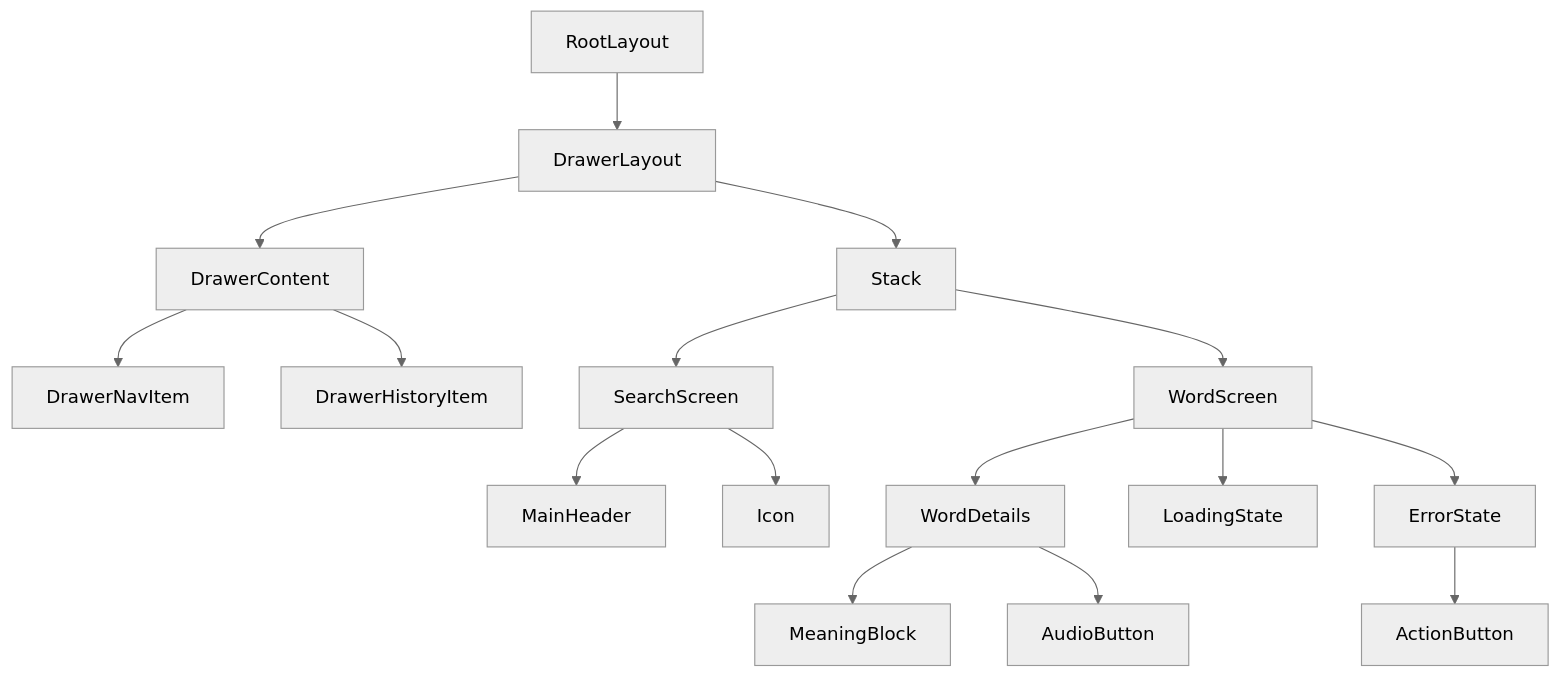
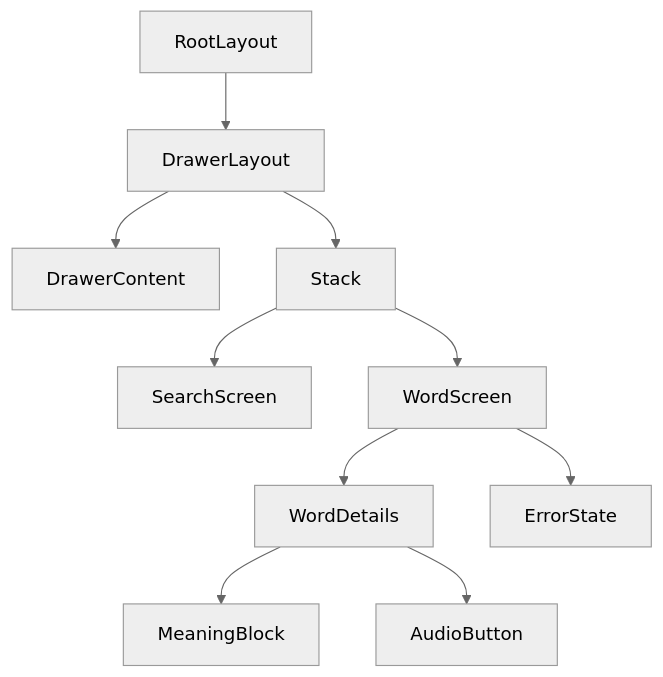
One commit to Irere123/expo-template changed the second of 2 diagrams in docs/design.md. Above: the diagram before and after it, drawn with Mermaid (neutral theme). The commit also changed other lines of this file and 5 other files, not shown here.

First line of the commit message:
docs: tighten prose and make diagrams Excalidraw-friendly

````diff
--- a/docs/design.md
+++ b/docs/design.md
@@ -70,20 +27,12 @@
 ```mermaid
-flowchart TD
-    RootLayout --> DrawerLayout
-    DrawerLayout --> DrawerContent
-    DrawerLayout --> Stack
-    DrawerContent --> DrawerNavItem
-    DrawerContent --> DrawerHistoryItem
-    Stack --> SearchScreen
-    Stack --> WordScreen
-
-    SearchScreen --> MainHeader
-    SearchScreen --> Icon
-
-    WordScreen --> WordDetails
-    WordScreen --> LoadingState
-    WordScreen --> ErrorState
-    WordDetails --> MeaningBlock
-    WordDetails --> AudioButton
-    ErrorState --> ActionButton
+flowchart TB
+  Root["RootLayout"] --> DL["DrawerLayout"]
+  DL --> DC["DrawerContent"]
+  DL --> Stack["Stack"]
+  Stack --> Search["SearchScreen"]
+  Stack --> WordScreen["WordScreen"]
+  WordScreen --> Details["WordDetails"]
+  WordScreen --> ErrState["ErrorState"]
+  Details --> Meaning["MeaningBlock"]
+  Details --> Audio["AudioButton"]
 ```
````
